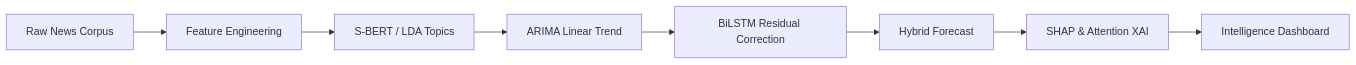
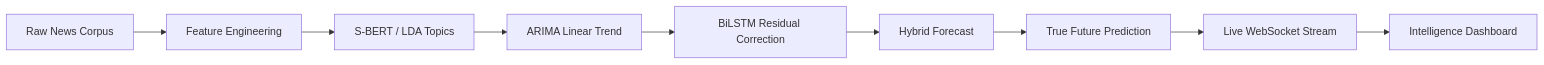
One commit to meenaksh06/Dynamic-Trend-Event-Detector changed the diagram in README.md. Above: the diagram before and after it, drawn with Mermaid. The commit also changed other lines of this file and 23 other files, not shown here.

````diff
--- a/README.md
+++ b/README.md
@@ -18,10 +18,11 @@
 ```mermaid
 graph LR
     A[Raw News Corpus] --> B[Feature Engineering]
     B --> C[S-BERT / LDA Topics]
     C --> D[ARIMA Linear Trend]
     D --> E[BiLSTM Residual Correction]
     E --> F[Hybrid Forecast]
-    F --> G[SHAP & Attention XAI]
-    G --> H[Intelligence Dashboard]
+    F --> G[True Future Prediction]
+    G --> H[Live WebSocket Stream]
+    H --> I[Intelligence Dashboard]
 ```
````
